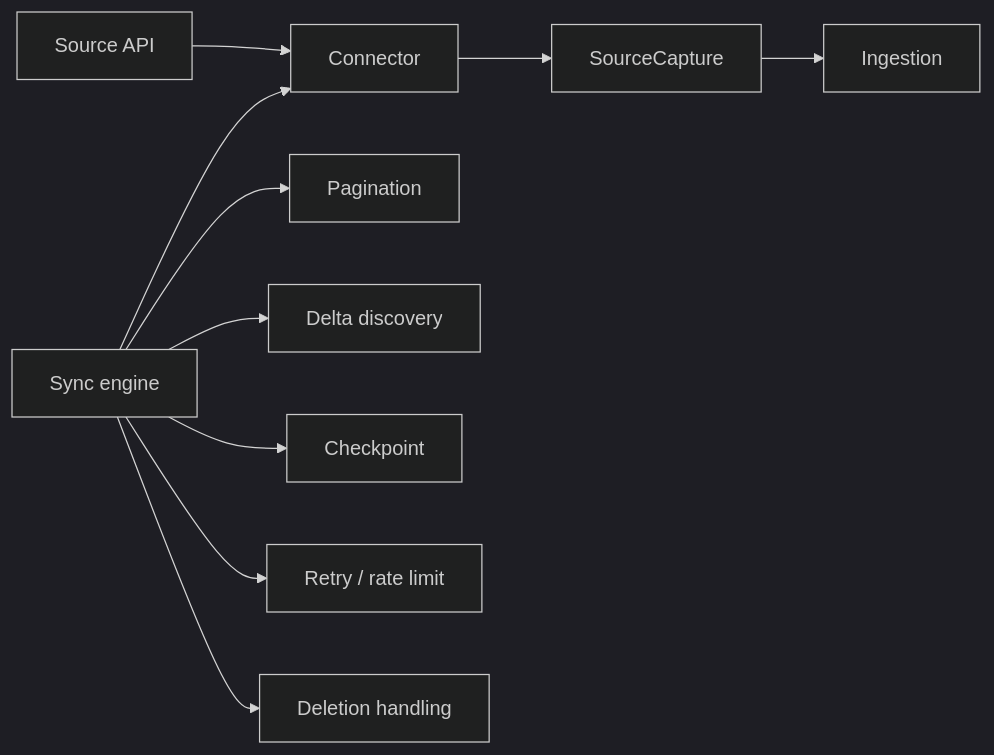
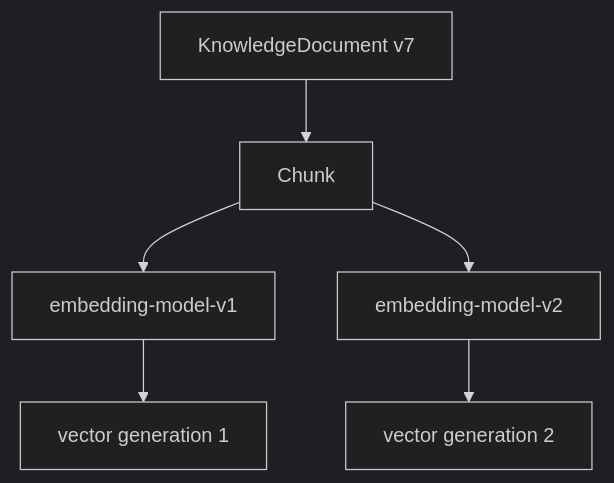
One commit to kumarchandansingh/tropos changed diagram 13 of 17 in docs/learning/ENTERPRISE_KNOWLEDGE_SYSTEMS_INTERVIEW_GUIDE.md. Above: the diagram before and after it, drawn with Mermaid (dark theme). The commit also changed other lines of this file, not shown here.

Commit message:
docs: ground enterprise knowledge guide in real production failure modes

````diff
--- a/docs/learning/ENTERPRISE_KNOWLEDGE_SYSTEMS_INTERVIEW_GUIDE.md
+++ b/docs/learning/ENTERPRISE_KNOWLEDGE_SYSTEMS_INTERVIEW_GUIDE.md
@@ -566,13 +723,8 @@
 ```mermaid
-flowchart LR
-    S[Source API] --> C[Connector]
-    C --> R[SourceCapture]
-    R --> I[Ingestion]
-
-    X[Sync engine] --> P[Pagination]
-    X --> D[Delta discovery]
-    X --> K[Checkpoint]
-    X --> T[Retry / rate limit]
-    X --> Z[Deletion handling]
-    X --> C
+flowchart TD
+    K[KnowledgeDocument v7] --> C[Chunk]
+    C --> E1[embedding-model-v1]
+    C --> E2[embedding-model-v2]
+    E1 --> I1[vector generation 1]
+    E2 --> I2[vector generation 2]
 ```
````
